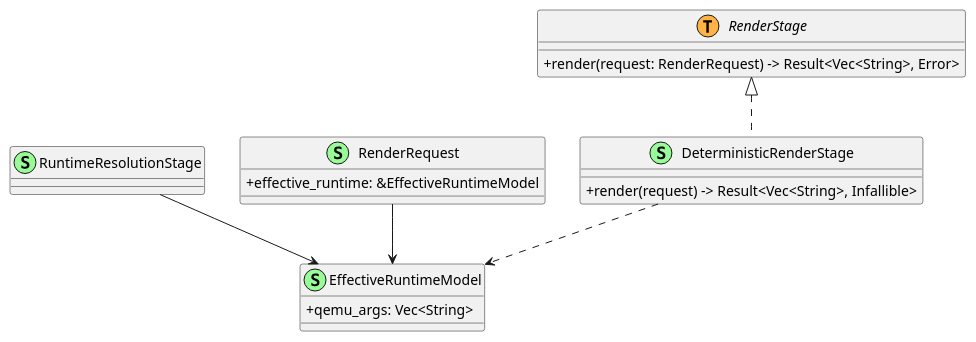
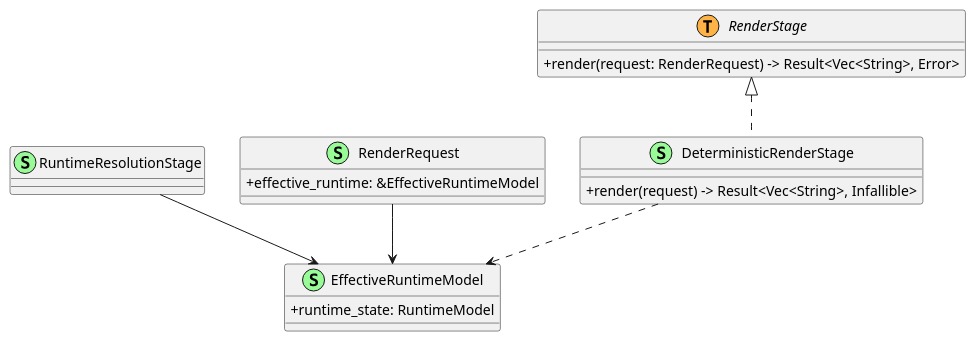
One commit to hurenkam/ezkvm changed the first of 2 diagrams in doc/dev/architecture/design/runtime-resolution-and-render-stage.md. Above: the diagram before and after it, drawn with PlantUML. The commit also changed other lines of this file and 35 other files, not shown here.

Commit message:
move qemu_args out of runtime, and into src/config_format/qemu

````diff
--- a/doc/dev/architecture/design/runtime-resolution-and-render-stage.md
+++ b/doc/dev/architecture/design/runtime-resolution-and-render-stage.md
@@ -17,28 +17,28 @@
 ```plantuml
 @startuml
 skinparam classAttributeIconSize 0
 
 class RuntimeResolutionStage << (S,#98FB98) >>
 
 class EffectiveRuntimeModel << (S,#98FB98) >> {
-  +qemu_args: Vec<String>
+  +runtime_state: RuntimeModel
 }
 
 class RenderRequest << (S,#98FB98) >> {
   +effective_runtime: &EffectiveRuntimeModel
 }
 
 interface RenderStage << (T,#FFB347) >> {
   +render(request: RenderRequest) -> Result<Vec<String>, Error>
 }
 
 class DeterministicRenderStage << (S,#98FB98) >> {
   +render(request) -> Result<Vec<String>, Infallible>
 }
 
 RuntimeResolutionStage --> EffectiveRuntimeModel
 RenderRequest --> EffectiveRuntimeModel
 RenderStage <|.. DeterministicRenderStage
 DeterministicRenderStage ..> EffectiveRuntimeModel
 @enduml
 ```
````
